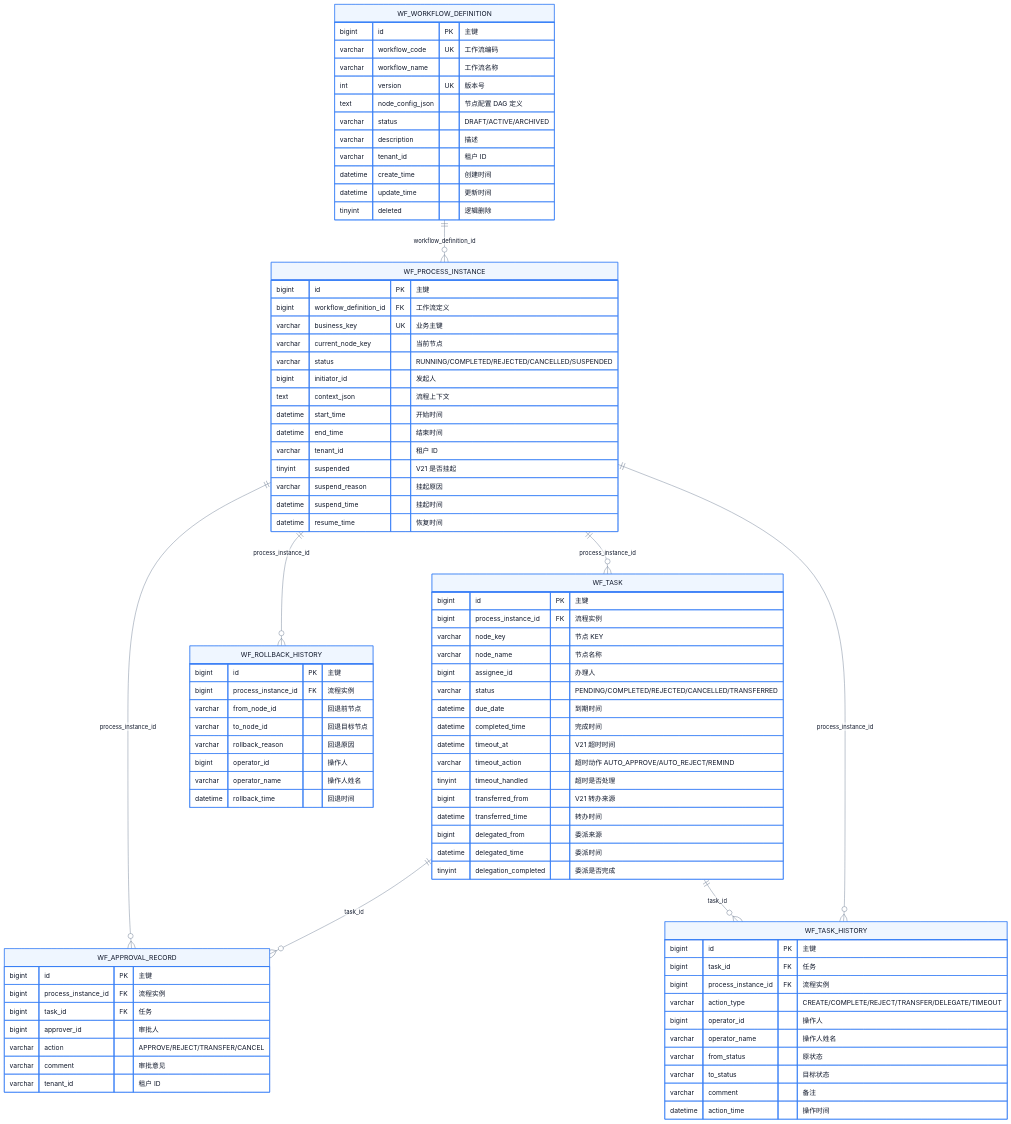
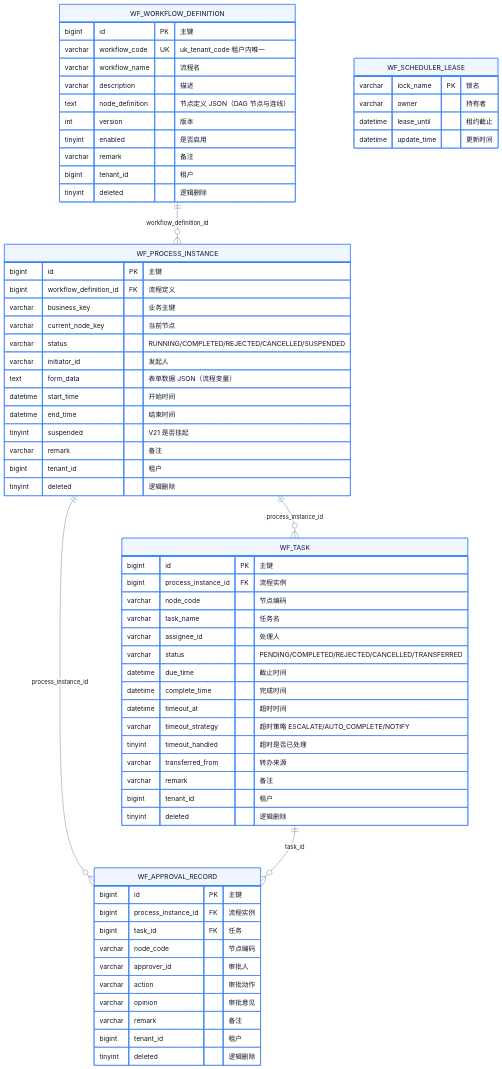
Before and after one commit to apex-cloud-service/apex-scaffold: the diagram in docs/diagrams/113_er_workflow_tables.mmd, drawn with Mermaid. The commit also changed 69 other files, not shown here.

First line of the commit message:
fix(deploy): 修正 Compose 启动配置并同步架构图表与项目记录

```diff
--- a/docs/diagrams/113_er_workflow_tables.mmd
+++ b/docs/diagrams/113_er_workflow_tables.mmd
@@ -1,93 +1,73 @@
 %%{init: {'theme':'base', 'themeVariables': {'primaryColor':'#eff6ff','primaryTextColor':'#0f172a','primaryBorderColor':'#3b82f6','lineColor':'#64748b','fontFamily':'sans-serif'}}}%%
 erDiagram
     WF_WORKFLOW_DEFINITION ||--o{ WF_PROCESS_INSTANCE : "workflow_definition_id"
     WF_PROCESS_INSTANCE ||--o{ WF_TASK : "process_instance_id"
     WF_PROCESS_INSTANCE ||--o{ WF_APPROVAL_RECORD : "process_instance_id"
-    WF_PROCESS_INSTANCE ||--o{ WF_ROLLBACK_HISTORY : "process_instance_id"
     WF_TASK ||--o{ WF_APPROVAL_RECORD : "task_id"
-    WF_TASK ||--o{ WF_TASK_HISTORY : "task_id"
-    WF_PROCESS_INSTANCE ||--o{ WF_TASK_HISTORY : "process_instance_id"
 
     WF_WORKFLOW_DEFINITION {
         bigint id PK "主键"
-        varchar workflow_code UK "工作流编码"
-        varchar workflow_name "工作流名称"
-        int version UK "版本号"
-        text node_config_json "节点配置 DAG 定义"
-        varchar status "DRAFT/ACTIVE/ARCHIVED"
+        varchar workflow_code UK "uk_tenant_code 租户内唯一"
+        varchar workflow_name "流程名"
         varchar description "描述"
-        varchar tenant_id "租户 ID"
-        datetime create_time "创建时间"
-        datetime update_time "更新时间"
+        text node_definition "节点定义 JSON（DAG 节点与连线）"
+        int version "版本"
+        tinyint enabled "是否启用"
+        varchar remark "备注"
+        bigint tenant_id "租户"
         tinyint deleted "逻辑删除"
     }
 
     WF_PROCESS_INSTANCE {
         bigint id PK "主键"
-        bigint workflow_definition_id FK "工作流定义"
-        varchar business_key UK "业务主键"
+        bigint workflow_definition_id FK "流程定义"
+        varchar business_key "业务主键"
         varchar current_node_key "当前节点"
         varchar status "RUNNING/COMPLETED/REJECTED/CANCELLED/SUSPENDED"
-        bigint initiator_id "发起人"
-        text context_json "流程上下文"
+        varchar initiator_id "发起人"
+        text form_data "表单数据 JSON（流程变量）"
         datetime start_time "开始时间"
         datetime end_time "结束时间"
-        varchar tenant_id "租户 ID"
         tinyint suspended "V21 是否挂起"
-        varchar suspend_reason "挂起原因"
-        datetime suspend_time "挂起时间"
-        datetime resume_time "恢复时间"
+        varchar remark "备注"
+        bigint tenant_id "租户"
+        tinyint deleted "逻辑删除"
     }
 
     WF_TASK {
         bigint id PK "主键"
         bigint process_instance_id FK "流程实例"
-        varchar node_key "节点 KEY"
-        varchar node_name "节点名称"
-        bigint assignee_id "办理人"
+        varchar node_code "节点编码"
+        varchar task_name "任务名"
+        varchar assignee_id "处理人"
         varchar status "PENDING/COMPLETED/REJECTED/CANCELLED/TRANSFERRED"
-        datetime due_date "到期时间"
-        datetime completed_time "完成时间"
-        datetime timeout_at "V21 超时时间"
-        varchar timeout_action "超时动作 AUTO_APPROVE/AUTO_REJECT/REMIND"
-        tinyint timeout_handled "超时是否处理"
-        bigint transferred_from "V21 转办来源"
-        datetime transferred_time "转办时间"
-        bigint delegated_from "委派来源"
-        datetime delegated_time "委派时间"
-        tinyint delegation_completed "委派是否完成"
+        datetime due_time "截止时间"
+        datetime complete_time "完成时间"
+        datetime timeout_at "超时时间"
+        varchar timeout_strategy "超时策略 ESCALATE/AUTO_COMPLETE/NOTIFY"
+        tinyint timeout_handled "超时是否已处理"
+        varchar transferred_from "转办来源"
+        varchar remark "备注"
+        bigint tenant_id "租户"
+        tinyint deleted "逻辑删除"
     }
 
     WF_APPROVAL_RECORD {
         bigint id PK "主键"
         bigint process_instance_id FK "流程实例"
         bigint task_id FK "任务"
-        bigint approver_id "审批人"
-        varchar action "APPROVE/REJECT/TRANSFER/CANCEL"
-        varchar comment "审批意见"
-        varchar tenant_id "租户 ID"
+        varchar node_code "节点编码"
+        varchar approver_id "审批人"
+        varchar action "审批动作"
+        varchar opinion "审批意见"
+        varchar remark "备注"
+        bigint tenant_id "租户"
+        tinyint deleted "逻辑删除"
     }
 
-    WF_TASK_HISTORY {
-        bigint id PK "主键"
-        bigint task_id FK "任务"
-        bigint process_instance_id FK "流程实例"
-        varchar action_type "CREATE/COMPLETE/REJECT/TRANSFER/DELEGATE/TIMEOUT"
-        bigint operator_id "操作人"
-        varchar operator_name "操作人姓名"
-        varchar from_status "原状态"
-        varchar to_status "目标状态"
-        varchar comment "备注"
-        datetime action_time "操作时间"
+    WF_SCHEDULER_LEASE {
+        varchar lock_name PK "锁名"
+        varchar owner "持有者"
+        datetime lease_until "租约截止"
+        datetime update_time "更新时间"
     }
-
-    WF_ROLLBACK_HISTORY {
-        bigint id PK "主键"
-        bigint process_instance_id FK "流程实例"
-        varchar from_node_id "回退前节点"
-        varchar to_node_id "回退目标节点"
-        varchar rollback_reason "回退原因"
-        bigint operator_id "操作人"
-        varchar operator_name "操作人姓名"
-        datetime rollback_time "回退时间"
-    }
```
